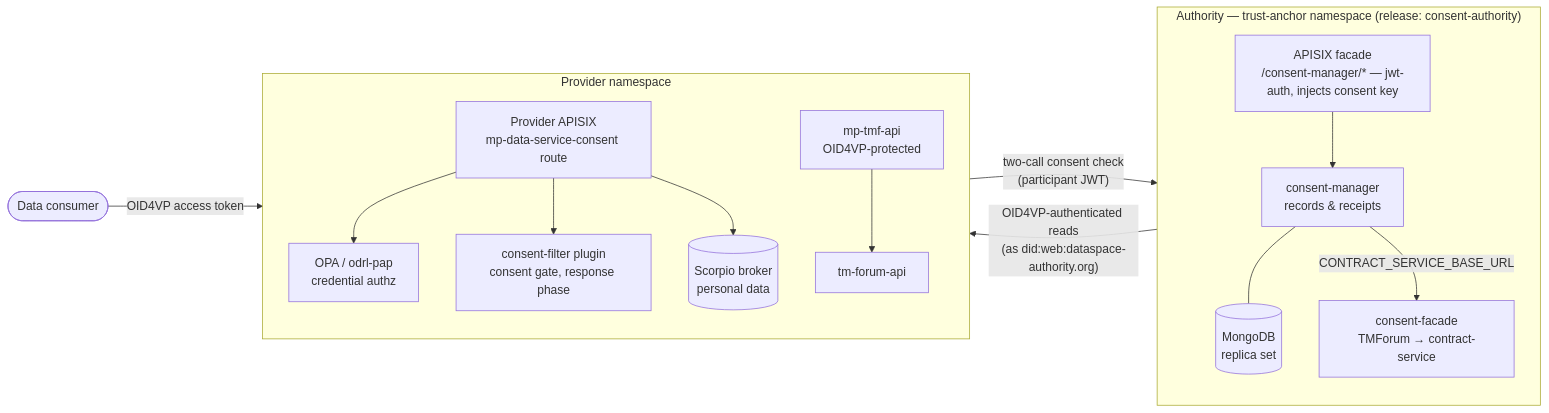
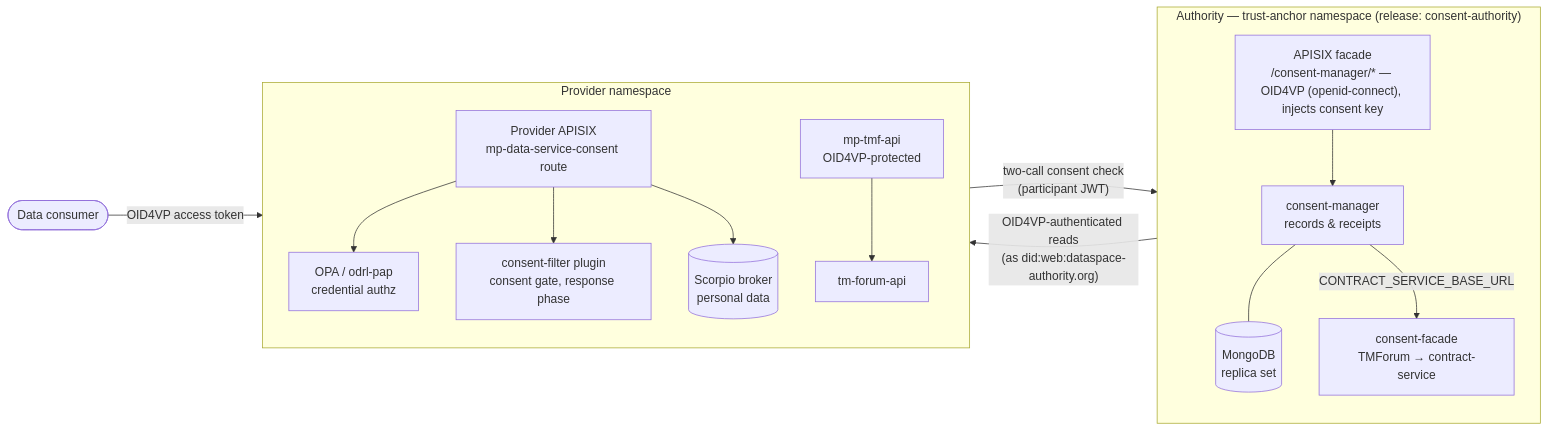
Before and after one commit to FIWARE/data-space-connector: the first of 6 diagrams in doc/CONSENT_MANAGEMENT.md, drawn with Mermaid. The commit also changed other lines of this file and 43 other files, not shown here.

````diff
--- a/doc/CONSENT_MANAGEMENT.md
+++ b/doc/CONSENT_MANAGEMENT.md
@@ -11,33 +16,33 @@
 ```mermaid
 flowchart LR
   consumer([Data consumer])
 
   subgraph authority["Authority — trust-anchor namespace (release: consent-authority)"]
     direction TB
-    facade["APISIX facade<br/>/consent-manager/* — jwt-auth, injects consent key"]
+    facade["APISIX facade<br/>/consent-manager/* — OID4VP (openid-connect), injects consent key"]
     cm["consent-manager<br/>records &amp; receipts"]
     cf["consent-facade<br/>TMForum → contract-service"]
     mongo[("MongoDB<br/>replica set")]
     facade --> cm
     cm --- mongo
     cm -->|CONTRACT_SERVICE_BASE_URL| cf
   end
 
   subgraph provider["Provider namespace"]
     direction TB
     apisix["Provider APISIX<br/>mp-data-service-consent route"]
     opa["OPA / odrl-pap<br/>credential authz"]
     plugin["consent-filter plugin<br/>consent gate, response phase"]
     mptmf["mp-tmf-api<br/>OID4VP-protected"]
     tmf["tm-forum-api"]
     scorpio[("Scorpio broker<br/>personal data")]
     apisix --> opa
     apisix --> plugin
     apisix --> scorpio
     mptmf --> tmf
   end
 
   consumer -->|OID4VP access token| apisix
   plugin -->|"two-call consent check<br/>(participant JWT)"| facade
   cf -->|"OID4VP-authenticated reads<br/>(as did:web:dataspace-authority.org)"| mptmf
 ```
````
